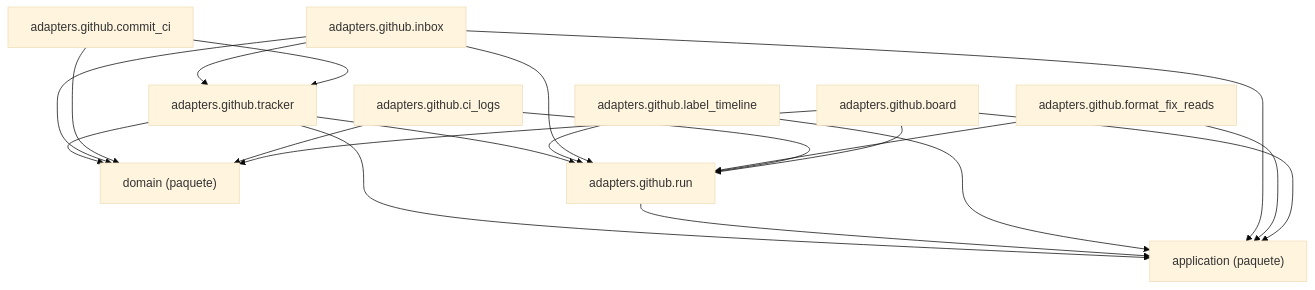
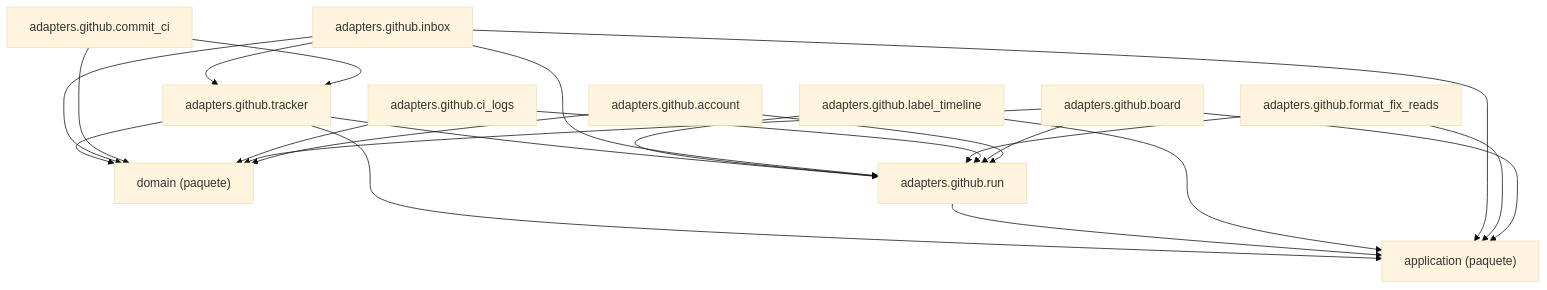
The diagram in docs/architecture/generated/packages-process-adapters-github.md (GonzaloZevallos/agentic-system), drawn with Mermaid (base theme) before and after one commit. The commit also changed other lines of this file and 23 other files, not shown here.

````diff
--- a/docs/architecture/generated/packages-process-adapters-github.md
+++ b/docs/architecture/generated/packages-process-adapters-github.md
@@ -14,32 +15,35 @@
 ```mermaid
 graph TD
     g_pkg__application["application (paquete)"]
     g_pkg__domain["domain (paquete)"]
+    m_adapters__github__account["adapters.github.account"]
     m_adapters__github__board["adapters.github.board"]
     m_adapters__github__ci_logs["adapters.github.ci_logs"]
     m_adapters__github__commit_ci["adapters.github.commit_ci"]
     m_adapters__github__format_fix_reads["adapters.github.format_fix_reads"]
     m_adapters__github__inbox["adapters.github.inbox"]
     m_adapters__github__label_timeline["adapters.github.label_timeline"]
     m_adapters__github__run["adapters.github.run"]
     m_adapters__github__tracker["adapters.github.tracker"]
+    m_adapters__github__account --> g_pkg__domain
+    m_adapters__github__account --> m_adapters__github__run
     m_adapters__github__board --> g_pkg__application
     m_adapters__github__board --> g_pkg__domain
     m_adapters__github__board --> m_adapters__github__run
     m_adapters__github__ci_logs --> g_pkg__domain
     m_adapters__github__ci_logs --> m_adapters__github__run
     m_adapters__github__commit_ci --> g_pkg__domain
     m_adapters__github__commit_ci --> m_adapters__github__tracker
     m_adapters__github__format_fix_reads --> g_pkg__application
     m_adapters__github__format_fix_reads --> m_adapters__github__run
     m_adapters__github__inbox --> g_pkg__application
     m_adapters__github__inbox --> g_pkg__domain
     m_adapters__github__inbox --> m_adapters__github__run
     m_adapters__github__inbox --> m_adapters__github__tracker
     m_adapters__github__label_timeline --> g_pkg__application
     m_adapters__github__label_timeline --> m_adapters__github__run
     m_adapters__github__run --> g_pkg__application
     m_adapters__github__tracker --> g_pkg__application
     m_adapters__github__tracker --> g_pkg__domain
     m_adapters__github__tracker --> m_adapters__github__run
 ```
````
